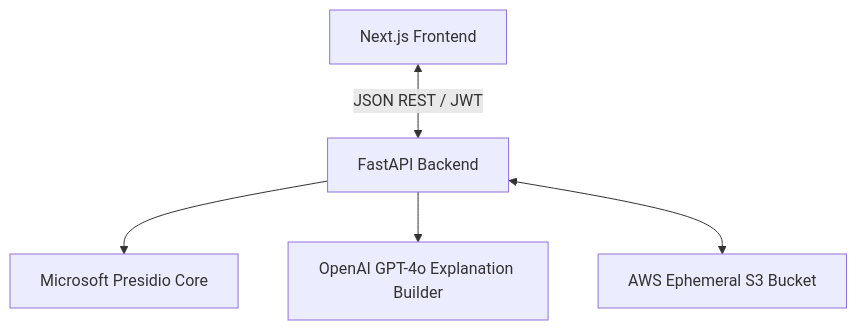
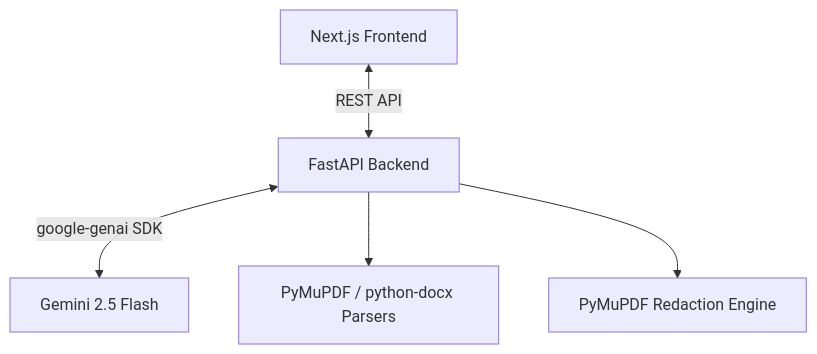
One commit to Akhils696/TrustLens-Sprint-Four-Hack changed the diagram in README.md. Above: the diagram before and after it, drawn with Mermaid. The commit also changed other lines of this file, not shown here.

````diff
--- a/README.md
+++ b/README.md
@@ -37,7 +38,7 @@
 ```mermaid
 graph TD
-    UI[Next.js Frontend] <-->|JSON REST / JWT| API[FastAPI Backend]
-    API --> Presidio[Microsoft Presidio Core]
-    API --> GPT[OpenAI GPT-4o Explanation Builder]
-    API <--> S3[AWS Ephemeral S3 Bucket]
+    UI[Next.js Frontend] <-->|REST API| API[FastAPI Backend]
+    API <-->|google-genai SDK| Gemini[Gemini 2.5 Flash]
+    API --> Parsers[PyMuPDF / python-docx Parsers]
+    API --> Redactor[PyMuPDF Redaction Engine]
 ```
````
